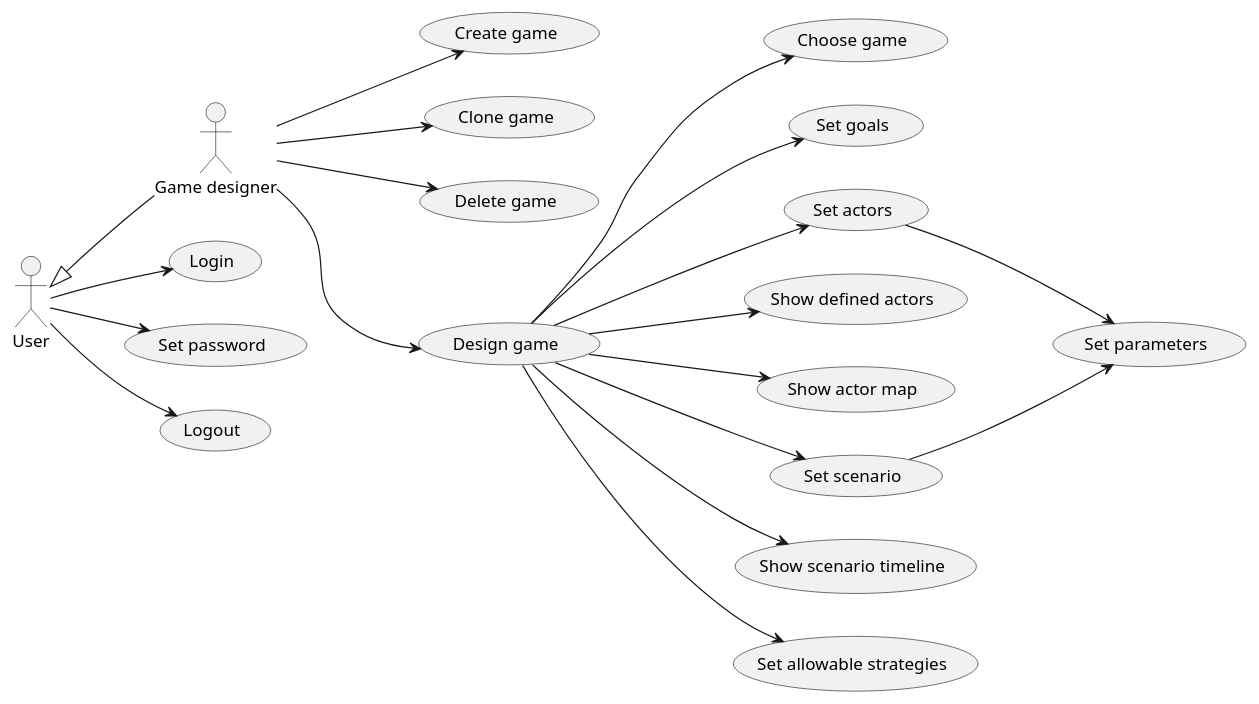
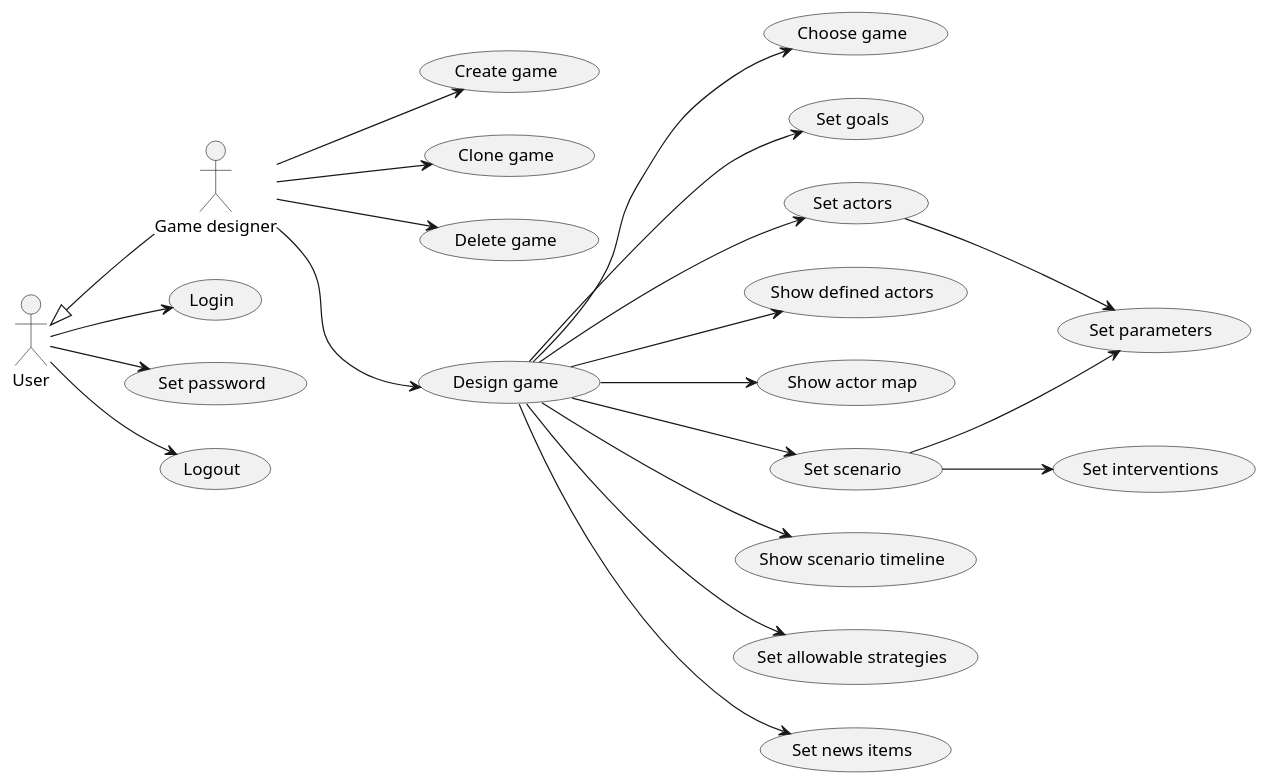
The diagram in doc/2-use-cases/diagrams/game-design.puml (averbraeck/gscg-design), drawn with PlantUML before and after one commit.

Commit message:
Make game design use case more consistent with requirements

```diff
--- a/doc/2-use-cases/diagrams/game-design.puml
+++ b/doc/2-use-cases/diagrams/game-design.puml
@@ -1,28 +1,30 @@
 @startuml
 left to right direction
 
 "Game designer" as GD
 User <|-- GD
 
 User --> (Login)
 User --> (Set password)
 User --> (Logout)
 
 GD --> (Create game)
 
 GD --> (Clone game)
 GD --> (Delete game)
 
 GD --> (Design game) : "         \n\n\n\n\n"
 (Design game) --> (Choose game) : "              "
 (Design game) --> (Set goals)
 (Design game) --> (Set actors)
 (Design game) --> (Show defined actors)
 (Design game) --> (Show actor map)
 (Design game) --> (Set scenario)
 (Design game) --> (Show scenario timeline)
 (Design game) --> (Set allowable strategies)
+(Design game) --> (Set news items)
 (Set scenario) --> (Set parameters)
+(Set scenario) --> (Set interventions)
 (Set actors) --> (Set parameters)
 
 @enduml
```
